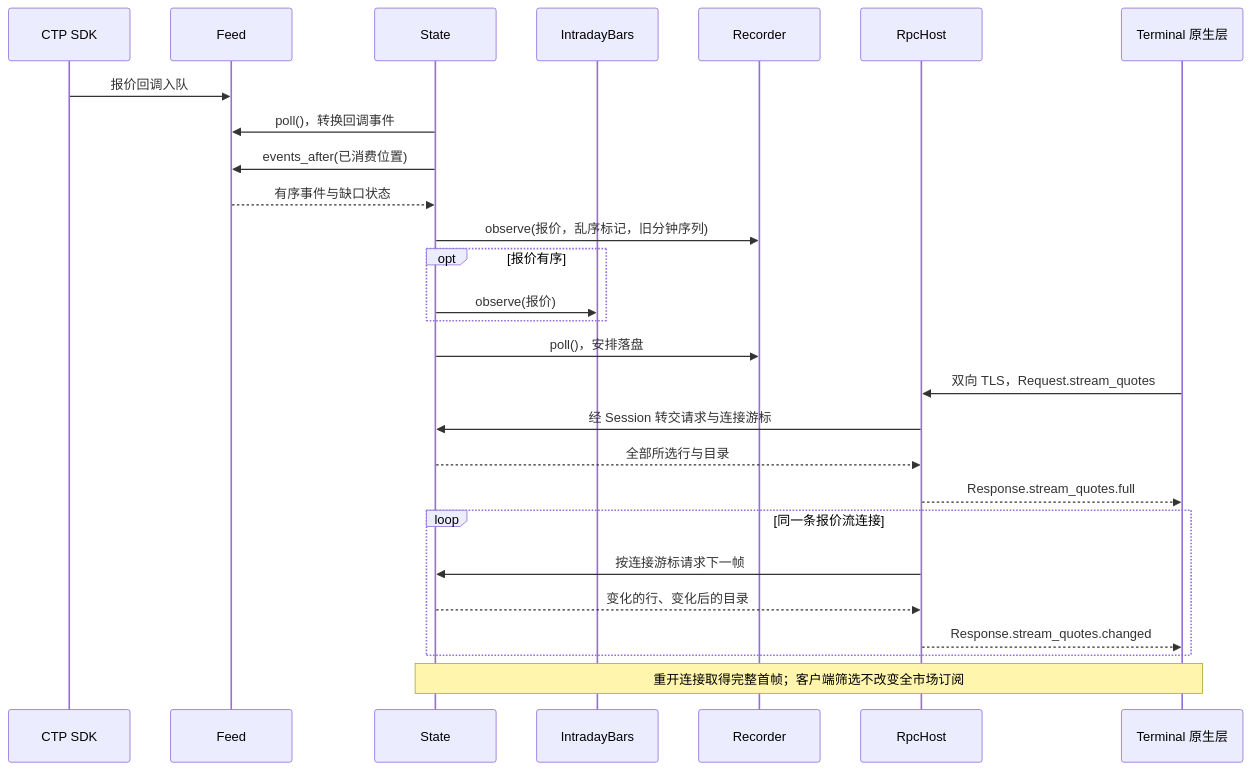
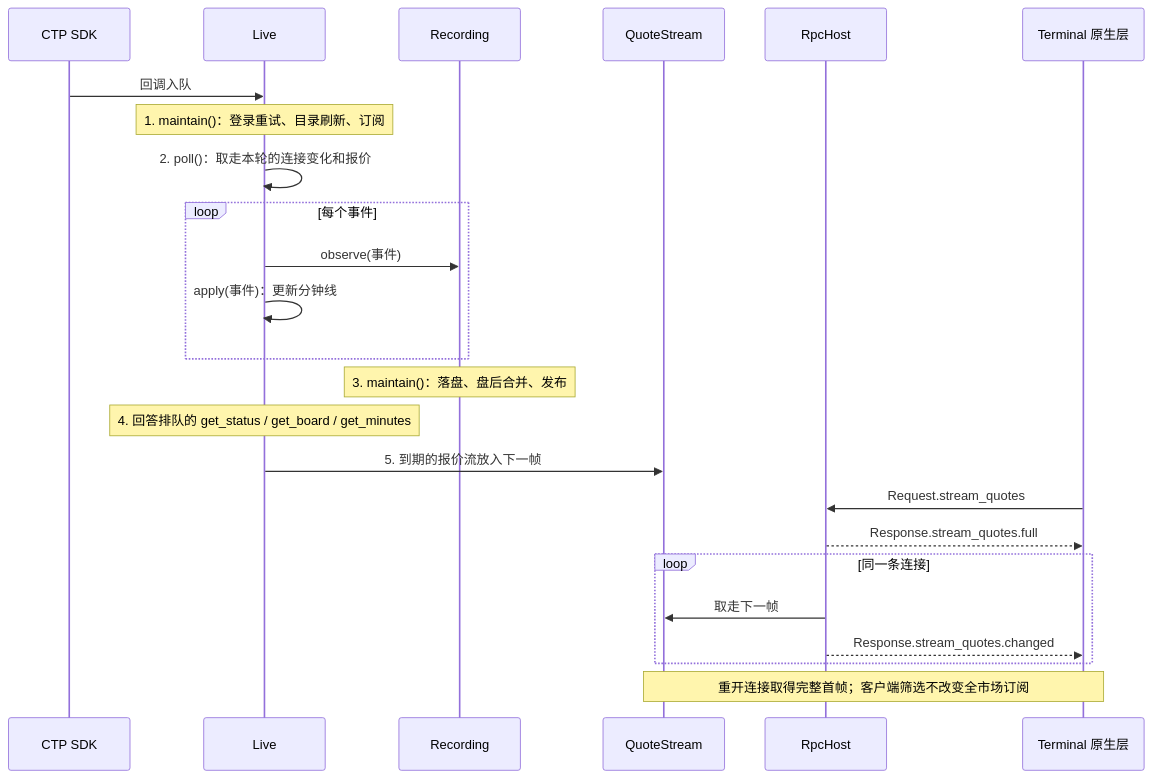
Before and after one commit to isqiwen/asterion-terminal: the fourth of 5 diagrams in docs/market-design.md, drawn with Mermaid. The commit also changed other lines of this file and 1 other file, not shown here.

````diff
--- a/docs/market-design.md
+++ b/docs/market-design.md
@@ -128,29 +144,26 @@
 ```mermaid
 sequenceDiagram
     participant SDK as CTP SDK
-    participant Feed
-    participant State
-    participant Bars as IntradayBars
-    participant Recorder
+    participant Live
+    participant Recording
+    participant Stream as QuoteStream
     participant RPC as RpcHost
     participant Client as Terminal 原生层
-    SDK->>Feed: 报价回调入队
-    State->>Feed: poll()，转换回调事件
-    State->>Feed: events_after(已消费位置)
-    Feed-->>State: 有序事件与缺口状态
-    State->>Recorder: observe(报价，乱序标记，旧分钟序列)
-    opt 报价有序
-        State->>Bars: observe(报价)
+    SDK->>Live: 回调入队
+    Note over Live: 1. maintain()：登录重试、目录刷新、订阅
+    Live->>Live: 2. poll()：取走本轮的连接变化和报价
+    loop 每个事件
+        Live->>Recording: observe(事件)
+        Live->>Live: apply(事件)：更新分钟线
     end
-    State->>Recorder: poll()，安排落盘
-    Client->>RPC: 双向 TLS，Request.stream_quotes
-    RPC->>State: 经 Session 转交请求与连接游标
-    State-->>RPC: 全部所选行与目录
+    Note over Recording: 3. maintain()：落盘、盘后合并、发布
+    Note over Live: 4. 回答排队的 get_status / get_board / get_minutes
+    Live->>Stream: 5. 到期的报价流放入下一帧
+    Client->>RPC: Request.stream_quotes
     RPC-->>Client: Response.stream_quotes.full
-    loop 同一条报价流连接
-        RPC->>State: 按连接游标请求下一帧
-        State-->>RPC: 变化的行、变化后的目录
+    loop 同一条连接
+        RPC->>Stream: 取走下一帧
         RPC-->>Client: Response.stream_quotes.changed
     end
-    Note over Client,State: 重开连接取得完整首帧；客户端筛选不改变全市场订阅
+    Note over Client,Stream: 重开连接取得完整首帧；客户端筛选不改变全市场订阅
 ```
````
